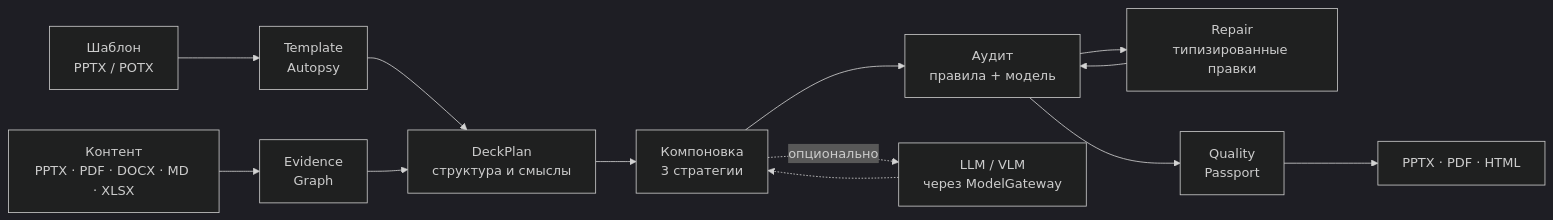
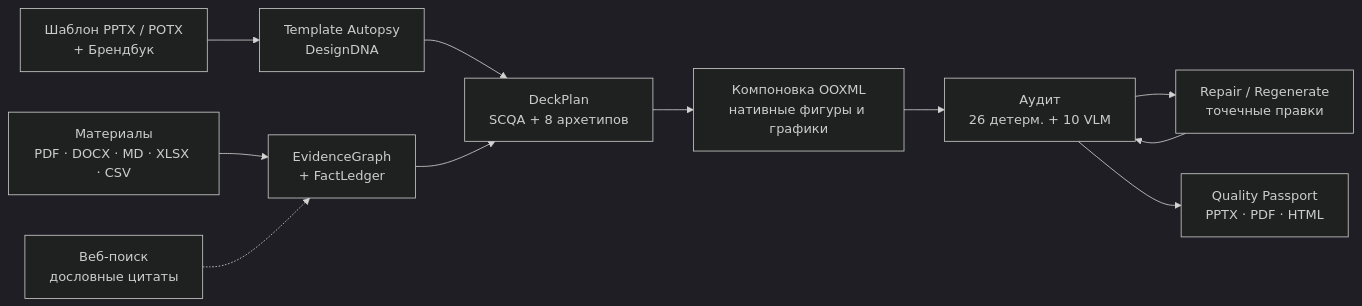
Before and after one commit to IT-AUL/case-14-ai-presentation-designer-team-19: the first of 2 diagrams in README.md, drawn with Mermaid (dark theme). The commit also changed other lines of this file and 921 other files, not shown here.

Commit message:
Update platform with seven-step assistant flow, data story engine, and brandbook support

````diff
--- a/README.md
+++ b/README.md
@@ -70,15 +90,13 @@
 ```mermaid
 flowchart LR
-    A["Шаблон<br/>PPTX / POTX"] --> B["Template<br/>Autopsy"]
-    C["Контент<br/>PPTX · PDF · DOCX · MD · XLSX"] --> D["Evidence<br/>Graph"]
-    B --> E["DeckPlan<br/>структура и смыслы"]
+    A["Шаблон PPTX / POTX<br/>+ Брендбук"] --> B["Template Autopsy<br/>DesignDNA"]
+    C["Материалы<br/>PDF · DOCX · MD · XLSX · CSV"] --> D["EvidenceGraph<br/>+ FactLedger"]
+    W["Веб-поиск<br/>дословные цитаты"] -.-> D
+    B --> E["DeckPlan<br/>SCQA + 8 архетипов"]
     D --> E
-    E --> F["Компоновка<br/>3 стратегии"]
-    F --> G["Аудит<br/>правила + модель"]
-    G --> H["Repair<br/>типизированные правки"]
+    E --> F["Компоновка OOXML<br/>нативные фигуры и графики"]
+    F --> G["Аудит<br/>26 детерм. + 10 VLM"]
+    G --> H["Repair / Regenerate<br/>точечные правки"]
     H --> G
-    G --> I["Quality<br/>Passport"]
-    I --> J["PPTX · PDF · HTML"]
-    F -.->|"опционально"| M["LLM / VLM<br/>через ModelGateway"]
-    M -.-> F
+    G --> I["Quality Passport<br/>PPTX · PDF · HTML"]
 ```
````
